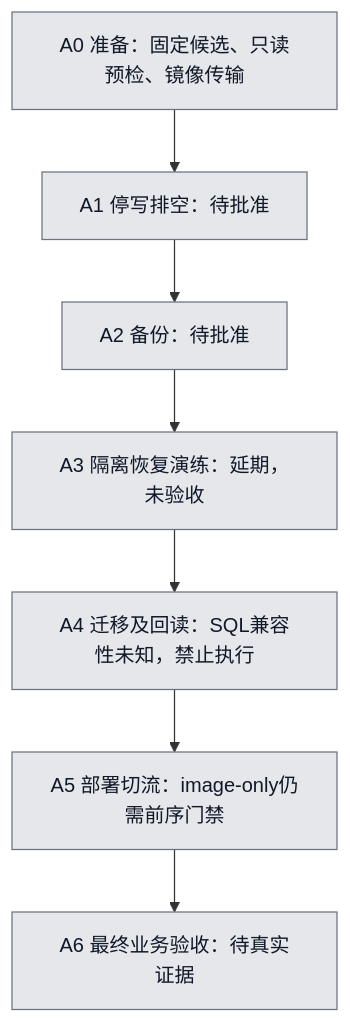
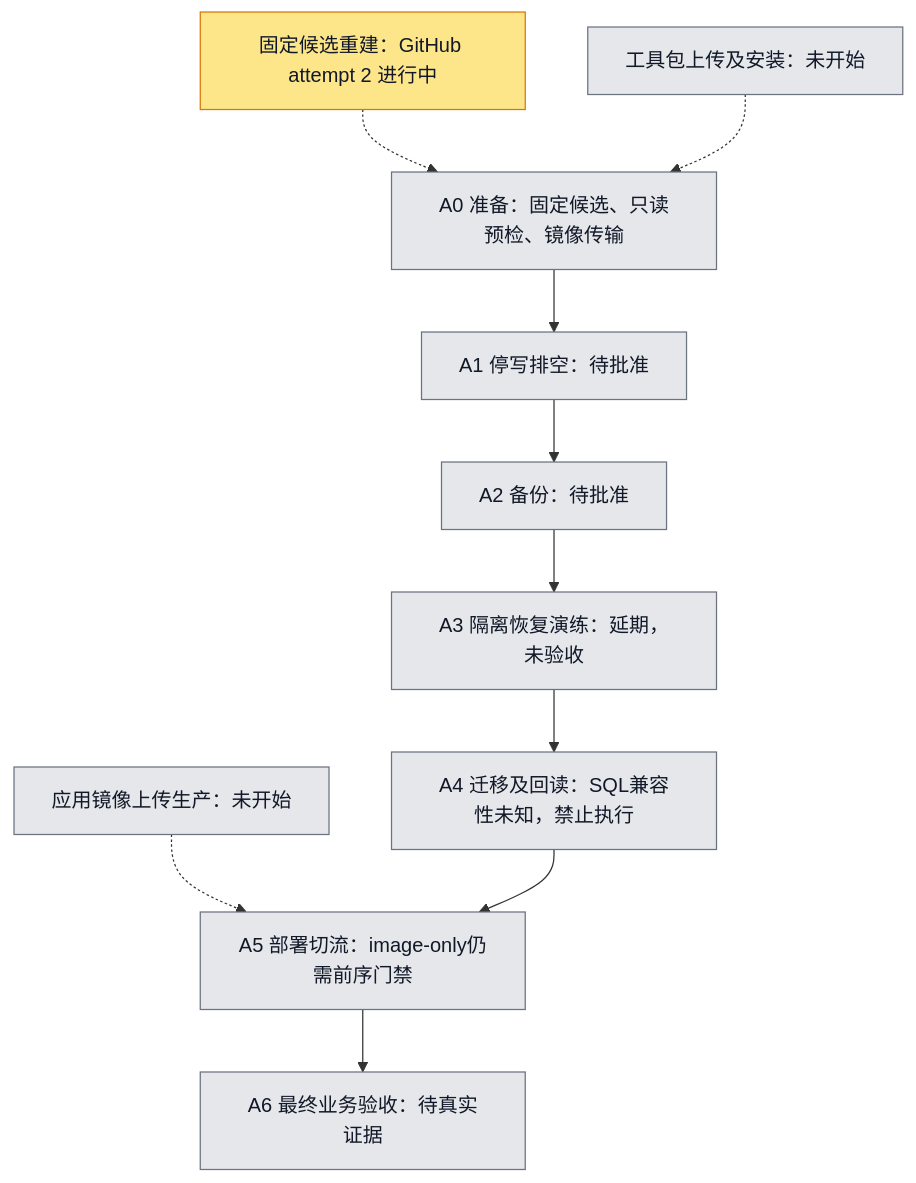
One commit to boardx/workspacex changed the diagram in docs/operations/cn-release-entry/plan.md. Above: the diagram before and after it, drawn with Mermaid. The commit also changed other lines of this file and 14 other files, not shown here.

````diff
--- a/docs/operations/cn-release-entry/plan.md
+++ b/docs/operations/cn-release-entry/plan.md
@@ -16,23 +16,32 @@
 ```mermaid
 flowchart TD
   A0[A0 准备：固定候选、只读预检、镜像传输]
   A1[A1 停写排空：待批准]
   A2[A2 备份：待批准]
   A3[A3 隔离恢复演练：延期，未验收]
   A4[A4 迁移及回读：SQL兼容性未知，禁止执行]
   A5[A5 部署切流：image-only仍需前序门禁]
   A6[A6 最终业务验收：待真实证据]
+  B0[固定候选重建：GitHub attempt 2 进行中]
+  K0[工具包上传及安装：未开始]
+  I0[应用镜像上传生产：未开始]
+  B0 -.-> A0
+  K0 -.-> A0
+  I0 -.-> A5
   A0 --> A1 --> A2 --> A3 --> A4 --> A5 --> A6
   classDef todo fill:#e5e7eb,stroke:#6b7280,color:#111827
   classDef doing fill:#fde68a,stroke:#d97706,color:#111827
   classDef done fill:#bbf7d0,stroke:#16a34a,color:#111827
   classDef tested fill:#ddd6fe,stroke:#7c3aed,color:#111827
   classDef blocked fill:#fecaca,stroke:#dc2626,color:#111827
+  class B0 doing
+  class K0 todo
+  class I0 todo
   class A0 todo
   class A1 todo
   class A2 todo
   class A3 todo
   class A4 todo
   class A5 todo
   class A6 todo
 ```
````
